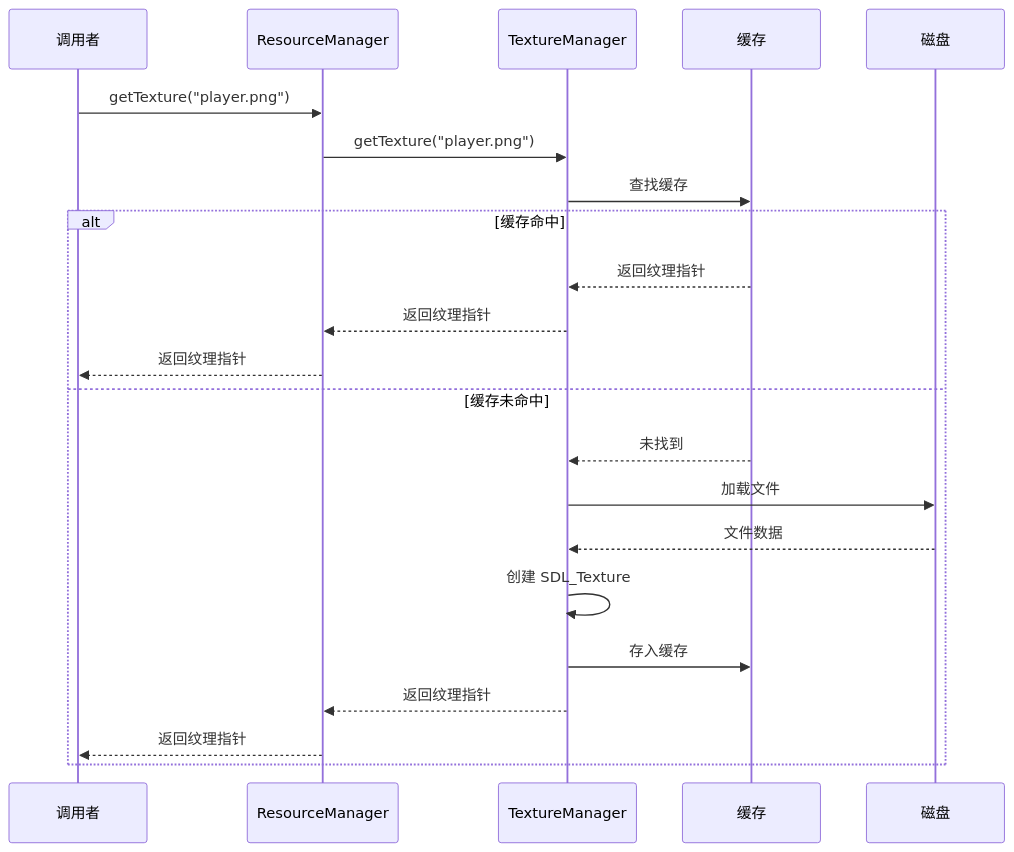
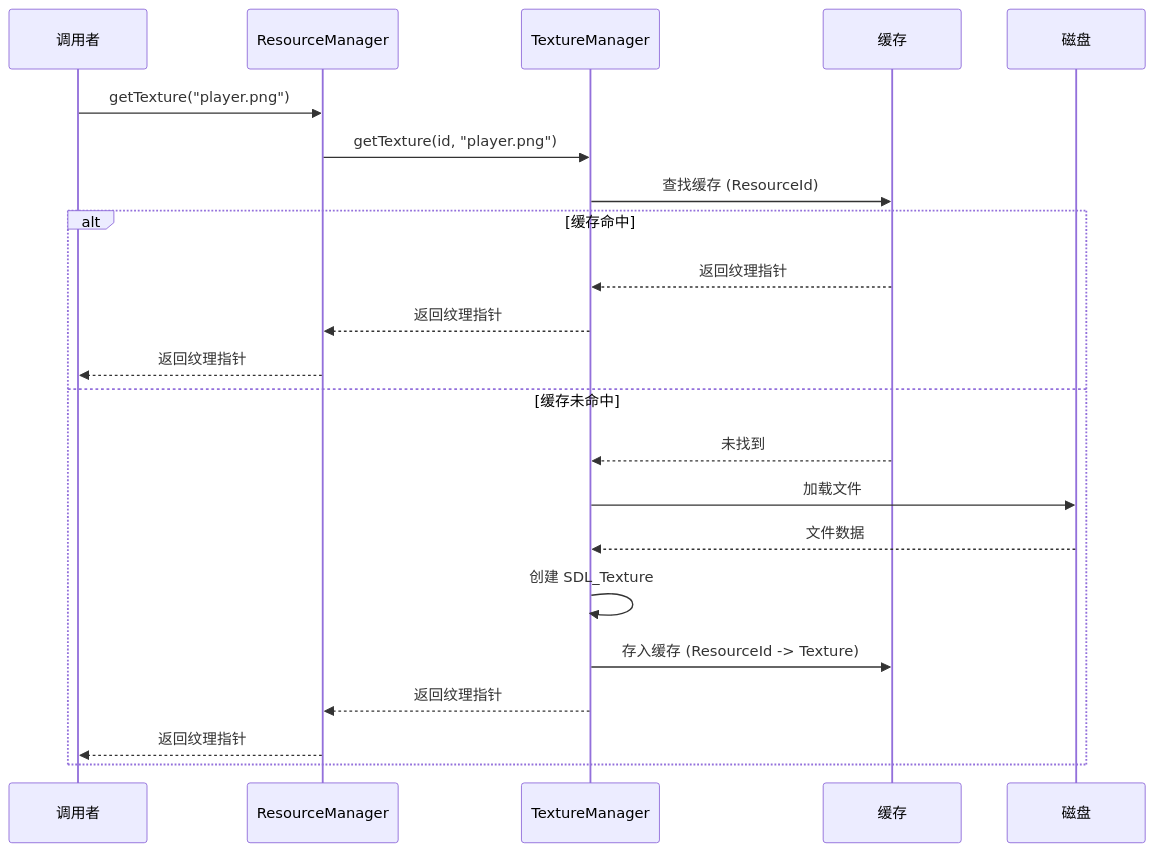
Before and after one commit to hezhangtdzs/MonsterWar: the second of 3 diagrams in doc/resource/README.md, drawn with Mermaid. The commit also changed other lines of this file and 47 other files, not shown here.

````diff
--- a/doc/resource/README.md
+++ b/doc/resource/README.md
@@ -299,26 +450,26 @@
 ```mermaid
 sequenceDiagram
     participant User as 调用者
     participant RM as ResourceManager
     participant TM as TextureManager
     participant Cache as 缓存
     participant Disk as 磁盘
 
     User->>RM: getTexture("player.png")
-    RM->>TM: getTexture("player.png")
-    TM->>Cache: 查找缓存
+    RM->>TM: getTexture(id, "player.png")
+    TM->>Cache: 查找缓存 (ResourceId)
     
     alt 缓存命中
         Cache-->>TM: 返回纹理指针
         TM-->>RM: 返回纹理指针
         RM-->>User: 返回纹理指针
     else 缓存未命中
         Cache-->>TM: 未找到
         TM->>Disk: 加载文件
         Disk-->>TM: 文件数据
         TM->>TM: 创建 SDL_Texture
-        TM->>Cache: 存入缓存
+        TM->>Cache: 存入缓存 (ResourceId -> Texture)
         TM-->>RM: 返回纹理指针
         RM-->>User: 返回纹理指针
     end
 ```
````
